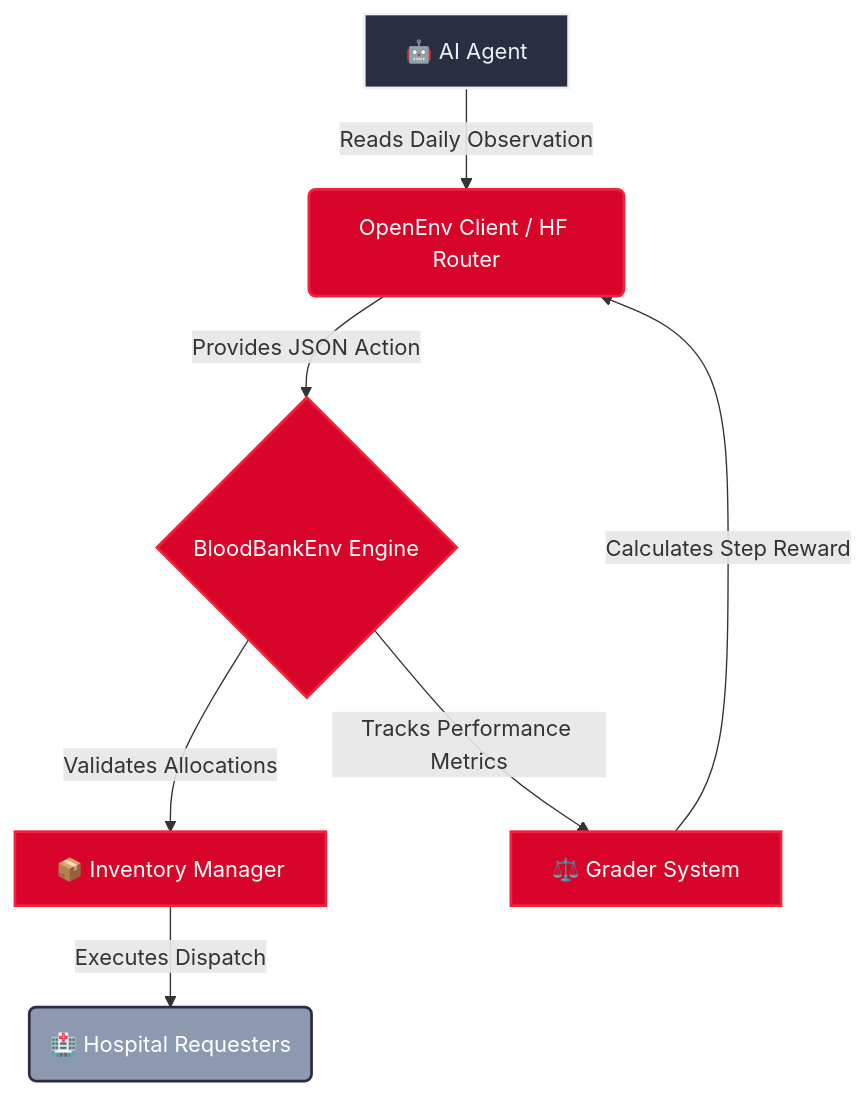
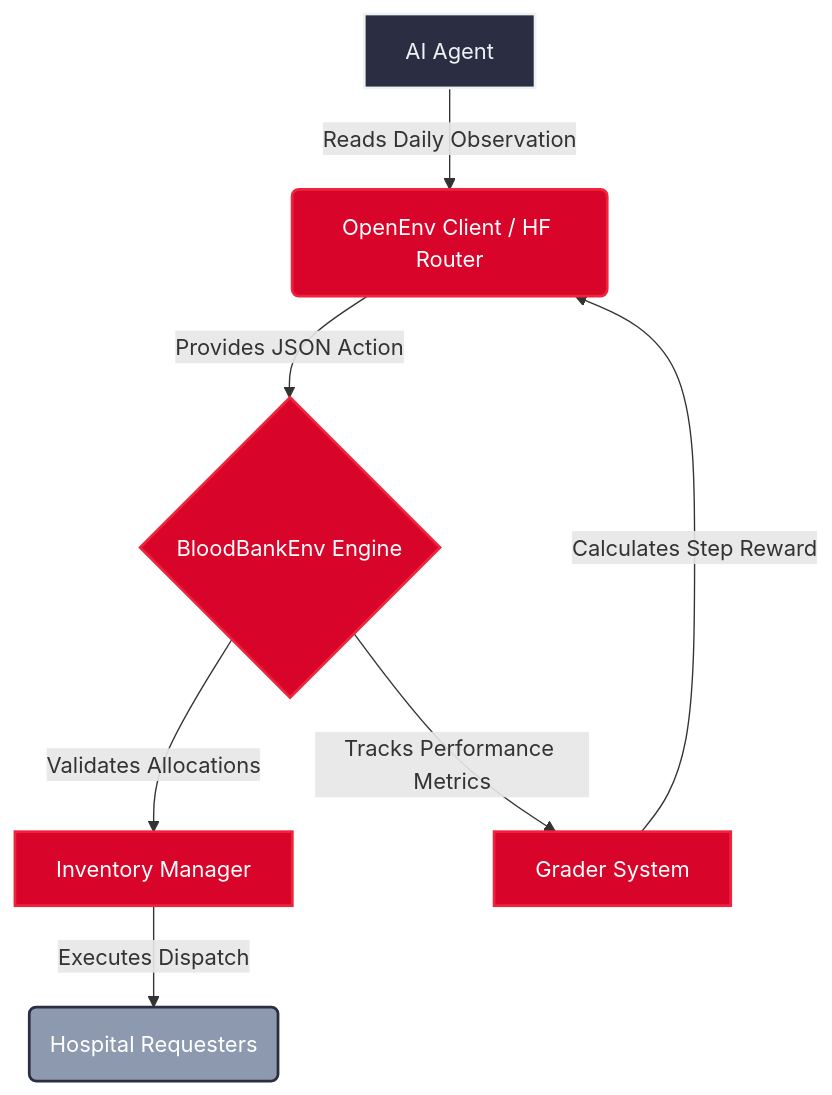
One commit to iamshresthraj/BloodBankEnv changed the diagram in README.md. Above: the diagram before and after it, drawn with Mermaid. The commit also changed other lines of this file, not shown here.

````diff
--- a/README.md
+++ b/README.md
@@ -45,13 +45,13 @@
 ```mermaid
 graph TD
     classDef agent fill:#2b2d42,stroke:#edf2f4,stroke-width:2px,color:#edf2f4
     classDef sys fill:#d90429,stroke:#ef233c,stroke-width:2px,color:#fff
     classDef external fill:#8d99ae,stroke:#2b2d42,stroke-width:2px,color:#fff
 
-    A[🤖 AI Agent]:::agent -->|Reads Daily Observation| B(OpenEnv Client / HF Router):::sys
+    A[AI Agent]:::agent -->|Reads Daily Observation| B(OpenEnv Client / HF Router):::sys
     B -->|Provides JSON Action| C{BloodBankEnv Engine}:::sys
-    C -->|Validates Allocations| D[📦 Inventory Manager]:::sys
-    D -->|Executes Dispatch| E(🏥 Hospital Requesters):::external
-    C -->|Tracks Performance Metrics| F[⚖️ Grader System]:::sys
+    C -->|Validates Allocations| D[Inventory Manager]:::sys
+    D -->|Executes Dispatch| E(Hospital Requesters):::external
+    C -->|Tracks Performance Metrics| F[Grader System]:::sys
     F -->|Calculates Step Reward| B
 ```
````
